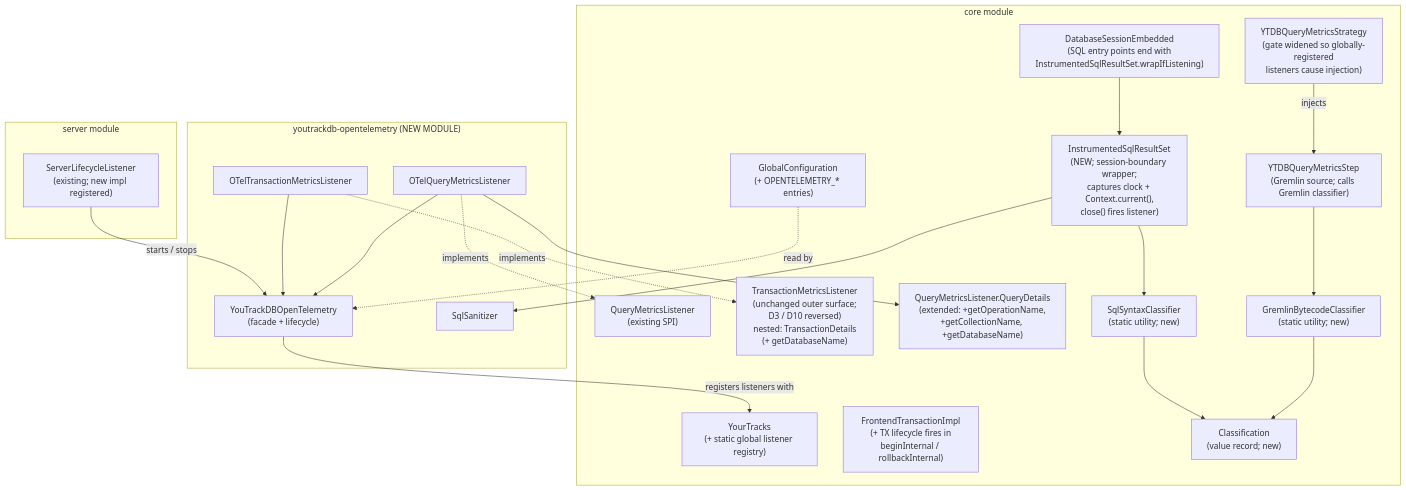
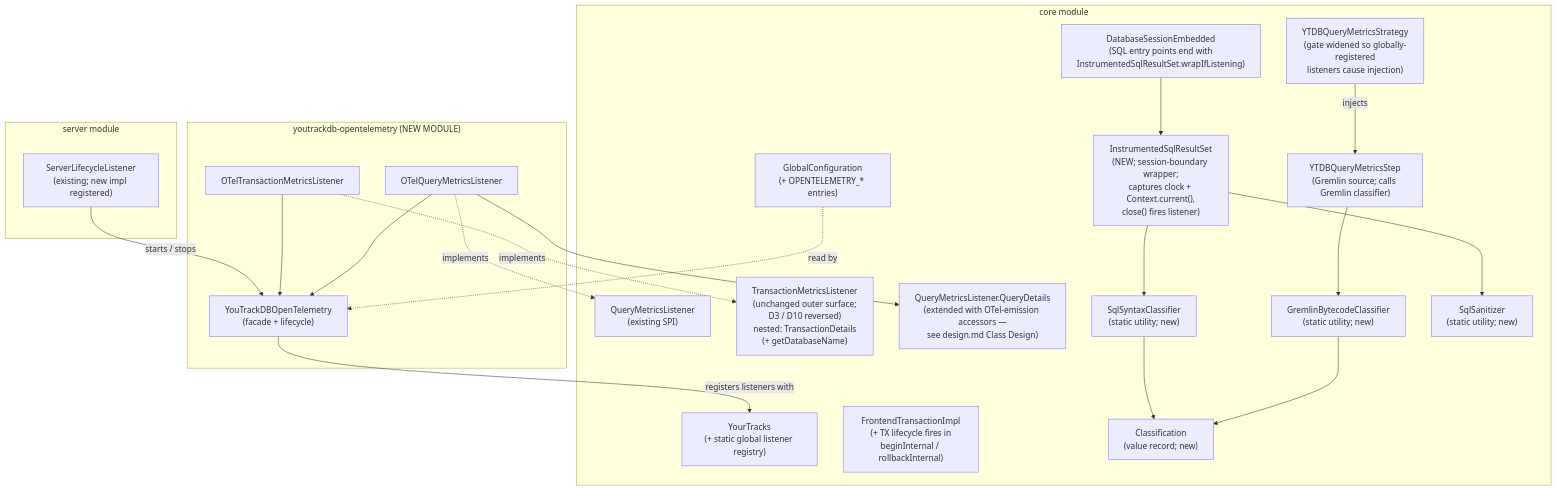
One commit to JetBrains/youtrackdb changed the diagram in docs/adr/ytdb-496-opentelemetry-support/_workflow/implementation-plan.md. Above: the diagram before and after it, drawn with Mermaid. The commit also changed other lines of this file and 2 other files, not shown here.

Commit message:
Sync OTel design diagrams with prose

````diff
--- a/docs/adr/ytdb-496-opentelemetry-support/_workflow/implementation-plan.md
+++ b/docs/adr/ytdb-496-opentelemetry-support/_workflow/implementation-plan.md
@@ -32,45 +32,45 @@
 ```mermaid
 flowchart TB
     subgraph core["core module"]
         QML["QueryMetricsListener<br/>(existing SPI)"]
         TML["TransactionMetricsListener<br/>(unchanged outer surface;<br/>D3 / D10 reversed)<br/>nested: TransactionDetails<br/>(+ getDatabaseName)"]
-        QD["QueryMetricsListener.QueryDetails<br/>(extended: +getOperationName,<br/>+getCollectionName, +getDatabaseName)"]
+        QD["QueryMetricsListener.QueryDetails<br/>(extended with OTel-emission accessors —<br/>see design.md Class Design)"]
         YOU["YourTracks<br/>(+ static global listener registry)"]
         TX["FrontendTransactionImpl<br/>(+ TX lifecycle fires in<br/>beginInternal / rollbackInternal)"]
         STEP["YTDBQueryMetricsStep<br/>(Gremlin source; calls Gremlin classifier)"]
         STRAT["YTDBQueryMetricsStrategy<br/>(gate widened so globally-registered<br/>listeners cause injection)"]
         DSE["DatabaseSessionEmbedded<br/>(SQL entry points end with<br/>InstrumentedSqlResultSet.wrapIfListening)"]
         ISR["InstrumentedSqlResultSet<br/>(NEW; session-boundary wrapper;<br/>captures clock + Context.current(),<br/>close() fires listener)"]
         GCLS["GremlinBytecodeClassifier<br/>(static utility; new)"]
         SCLS["SqlSyntaxClassifier<br/>(static utility; new)"]
+        SQLS["SqlSanitizer<br/>(static utility; new)"]
         CLR["Classification<br/>(value record; new)"]
         GC["GlobalConfiguration<br/>(+ OPENTELEMETRY_* entries)"]
     end
 
     subgraph server["server module"]
         SLL["ServerLifecycleListener<br/>(existing; new impl registered)"]
     end
 
     subgraph otel["youtrackdb-opentelemetry (NEW MODULE)"]
         OTQ["OTelQueryMetricsListener"]
         OTT["OTelTransactionMetricsListener"]
         FAC["YouTrackDBOpenTelemetry<br/>(facade + lifecycle)"]
-        SQLS["SqlSanitizer"]
     end
 
     OTQ -.implements.-> QML
     OTT -.implements.-> TML
     OTQ --> FAC
     OTT --> FAC
     OTQ --> QD
     FAC -- "registers listeners with" --> YOU
     SLL -- "starts / stops" --> FAC
     STEP --> GCLS
     STRAT -- "injects" --> STEP
     DSE --> ISR
     ISR --> SCLS
     ISR --> SQLS
     GCLS --> CLR
     SCLS --> CLR
     GC -. read by .-> FAC
 ```
````
